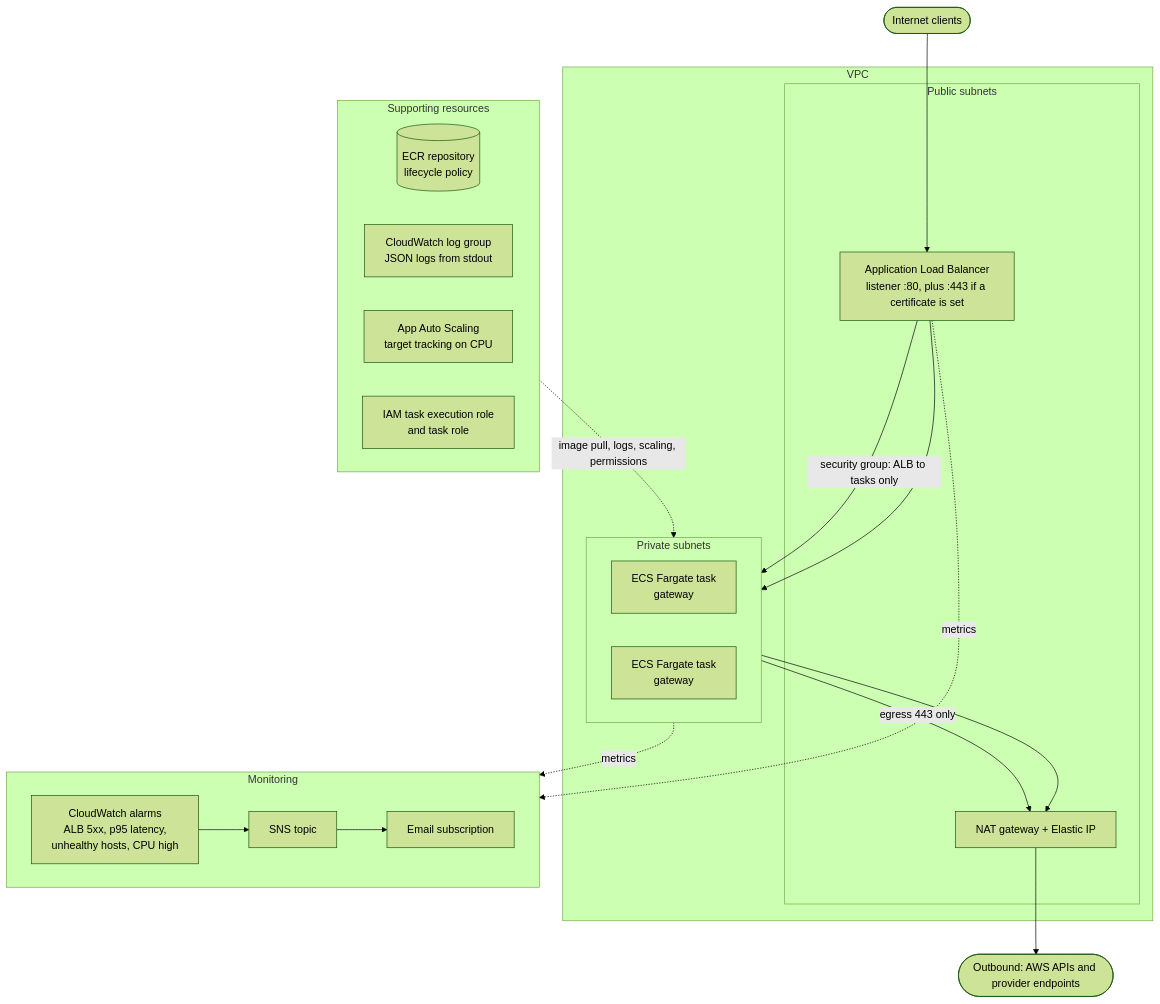
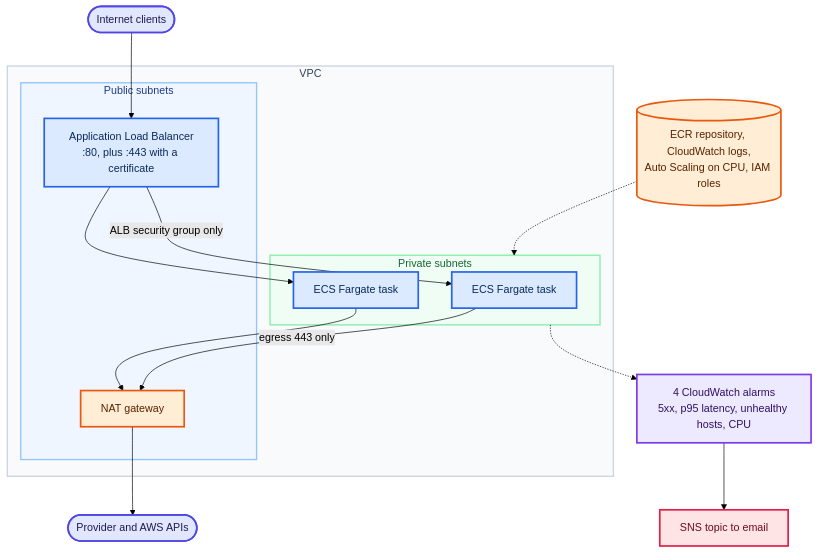
The fourth of 5 diagrams in projects/ai-reliability-platform/docs/schematics/README.md (Joxejaime/Projects-2026), drawn with Mermaid (forest theme) before and after one commit. The commit also changed other lines of this file and 62 other files, not shown here.

First line of the commit message:
Colour the schematics and add LinkedIn cards and carousels

````diff
--- a/projects/ai-reliability-platform/docs/schematics/README.md
+++ b/projects/ai-reliability-platform/docs/schematics/README.md
@@ -115,40 +135,42 @@
 ```mermaid
 %% title: AWS deployment (Terraform)
+%% headline: The AWS deployment: private tasks behind a load balancer
+%% takeaway: ECS Fargate, ALB, NAT, autoscaling and four CloudWatch alarms, all in Terraform (not yet applied).
+%% legend: entry=Internet,app=Load balancer and tasks,cloud=AWS service,obs=Monitoring,alert=Notification
 %% caption: What terraform/ declares. Not applied in the build environment, so treat it as reviewed but unproven. Without a certificate_arn the ALB forwards plain HTTP on port 80; with one it serves HTTPS on 443 and port 80 redirects to it (301). Tasks run in private subnets and reach the outside world only through the NAT gateway on port 443.
 flowchart TB
     internet(["Internet clients"]) --> alb
-
     subgraph vpc["VPC"]
         subgraph pub["Public subnets"]
-            alb["Application Load Balancer<br/>listener :80, plus :443 if a certificate is set"]
-            nat["NAT gateway + Elastic IP"]
+            alb["Application Load Balancer<br/>:80, plus :443 with a certificate"]
+            nat["NAT gateway"]
         end
         subgraph priv["Private subnets"]
-            direction LR
-            t1["ECS Fargate task<br/>gateway"]
-            t2["ECS Fargate task<br/>gateway"]
+            t1["ECS Fargate task"]
+            t2["ECS Fargate task"]
         end
-        alb -->|"security group: ALB to tasks only"| t1
+        alb -->|"ALB security group only"| t1
         alb --> t2
         t1 -->|"egress 443 only"| nat
         t2 --> nat
     end
+    nat --> out(["Provider and AWS APIs"])
+    ecr[("ECR repository, CloudWatch logs,<br/>Auto Scaling on CPU, IAM roles")]
+    ecr -.-> priv
+    al["4 CloudWatch alarms<br/>5xx, p95 latency, unhealthy hosts, CPU"] --> sns["SNS topic to email"]
+    priv -.-> al
 
-    nat --> out(["Outbound: AWS APIs and provider endpoints"])
-
-    subgraph support["Supporting resources"]
-        direction LR
-        ecr[("ECR repository<br/>lifecycle policy")]
-        logs["CloudWatch log group<br/>JSON logs from stdout"]
-        asg["App Auto Scaling<br/>target tracking on CPU"]
-        iam["IAM task execution role<br/>and task role"]
-    end
-    support -. "image pull, logs, scaling, permissions" .-> priv
-
-    subgraph alarms["Monitoring"]
-        direction LR
-        al["CloudWatch alarms<br/>ALB 5xx, p95 latency,<br/>unhealthy hosts, CPU high"] --> sns["SNS topic"] --> mail["Email subscription"]
-    end
-    alb -. "metrics" .-> al
-    priv -. "metrics" .-> al
+    classDef entry fill:#E0E7FF,stroke:#4F46E5,stroke-width:2.5px,color:#1E1B4B
+    classDef app fill:#DBEAFE,stroke:#2563EB,stroke-width:2.5px,color:#0B2A5B
+    classDef obs fill:#EDE9FE,stroke:#7C3AED,stroke-width:2.5px,color:#2E1065
+    classDef alert fill:#FFE4E6,stroke:#E11D48,stroke-width:2.5px,color:#6B0A20
+    classDef cloud fill:#FFEDD5,stroke:#EA580C,stroke-width:2.5px,color:#5A2300
+    class internet,out entry
+    class alb,t1,t2 app
+    class nat,ecr cloud
+    class al obs
+    class sns alert
+    style vpc fill:#F8FAFC,stroke:#CBD5E1,stroke-width:2px,color:#334155
+    style pub fill:#EFF6FF,stroke:#93C5FD,stroke-width:2px,color:#1E3A8A
+    style priv fill:#F0FDF4,stroke:#86EFAC,stroke-width:2px,color:#166534
 ```
````
